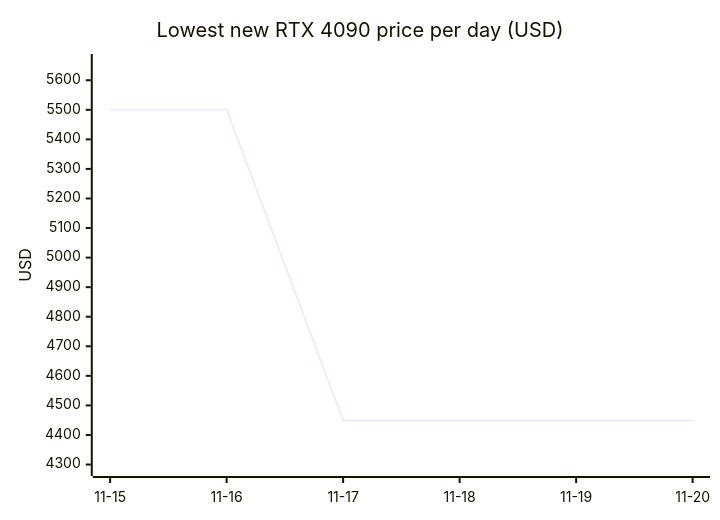
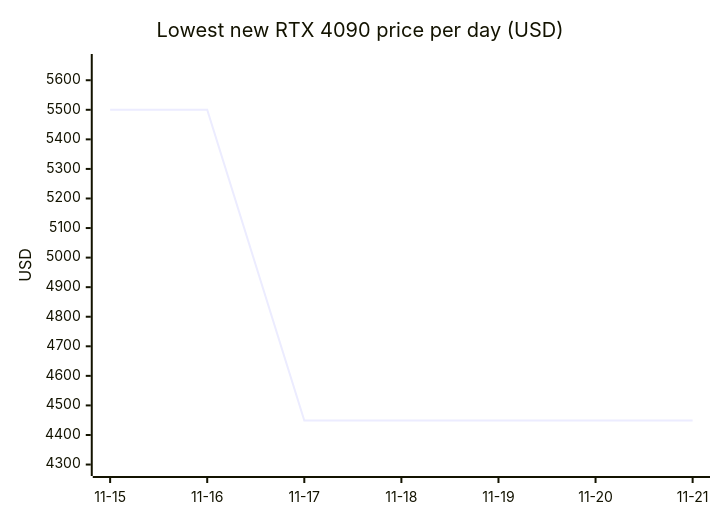
One commit to 7324136828/4tb_ssd_price_watch changed the seventh of 18 diagrams in README.md. Above: the diagram before and after it, drawn with Mermaid. The commit also changed other lines of this file, not shown here.

````diff
--- a/README.md
+++ b/README.md
@@ -764,7 +801,7 @@
 ```mermaid
 xychart-beta
     title "Lowest new RTX 4090 price per day (USD)"
-    x-axis ["11-15", "11-16", "11-17", "11-18", "11-19", "11-20"]
+    x-axis ["11-15", "11-16", "11-17", "11-18", "11-19", "11-20", "11-21"]
     y-axis "USD" 4290 --> 5660
-    line [5500.00, 5500.00, 4449.00, 4449.00, 4449.00, 4449.00]
+    line [5500.00, 5500.00, 4449.00, 4449.00, 4449.00, 4449.00, 4449.00]
 ```
````
